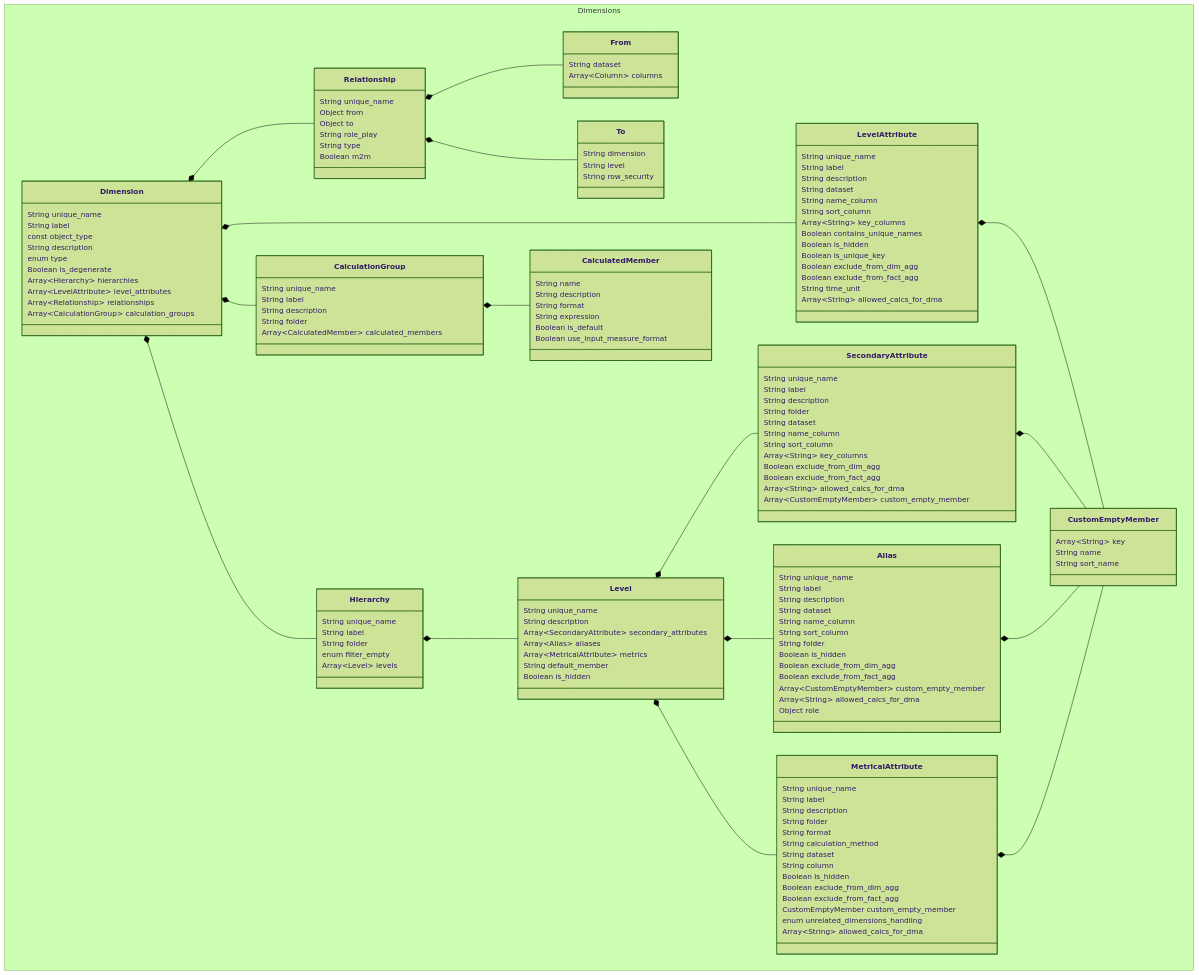
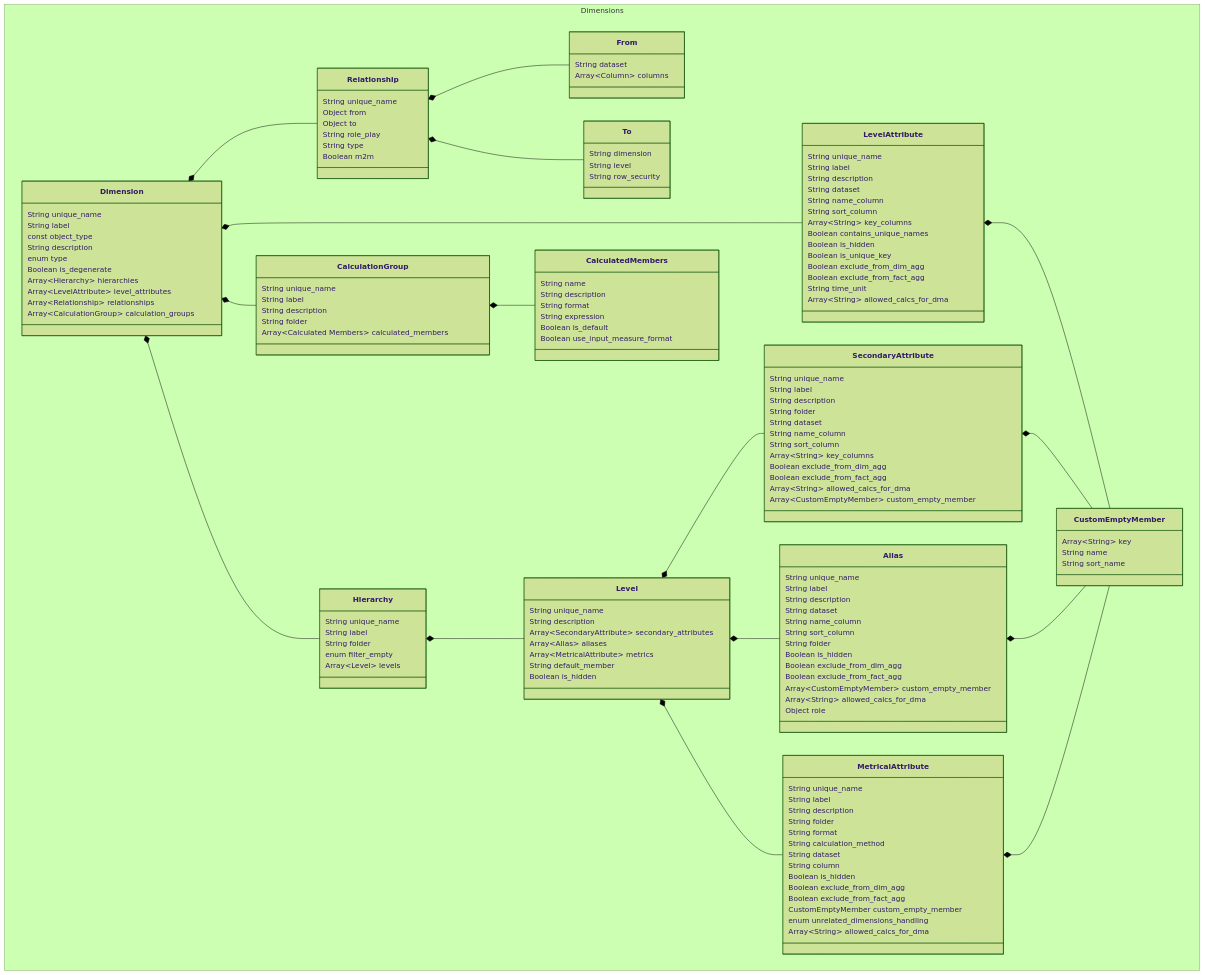
One commit to AlchemyTechLabsInc/SML changed the diagram in sml-reference/dimensions.md. Above: the diagram before and after it, drawn with Mermaid (forest theme).

Commit message:
updated terminology for calculated groups/members

```diff
--- a/sml-reference/dimensions.md
+++ b/sml-reference/dimensions.md
@@ -159,7 +159,7 @@
     Level *-- SecondaryAttribute
     Level *-- MetricalAttribute
     Level *-- Alias
-    CalculationGroup *-- CalculatedMember
+    CalculationGroup *-- Calculated Members
     SecondaryAttribute *-- CustomEmptyMember
     Alias *-- CustomEmptyMember
     MetricalAttribute *-- CustomEmptyMember    
@@ -280,9 +280,9 @@
       String label
       String description
       String folder
-      Array~CalculatedMember~ calculated_members
+      Array~Calculated Members~ calculated_members
     }
-    class CalculatedMember{
+    class Calculated Members{
       String name
       String description
       String format
```
